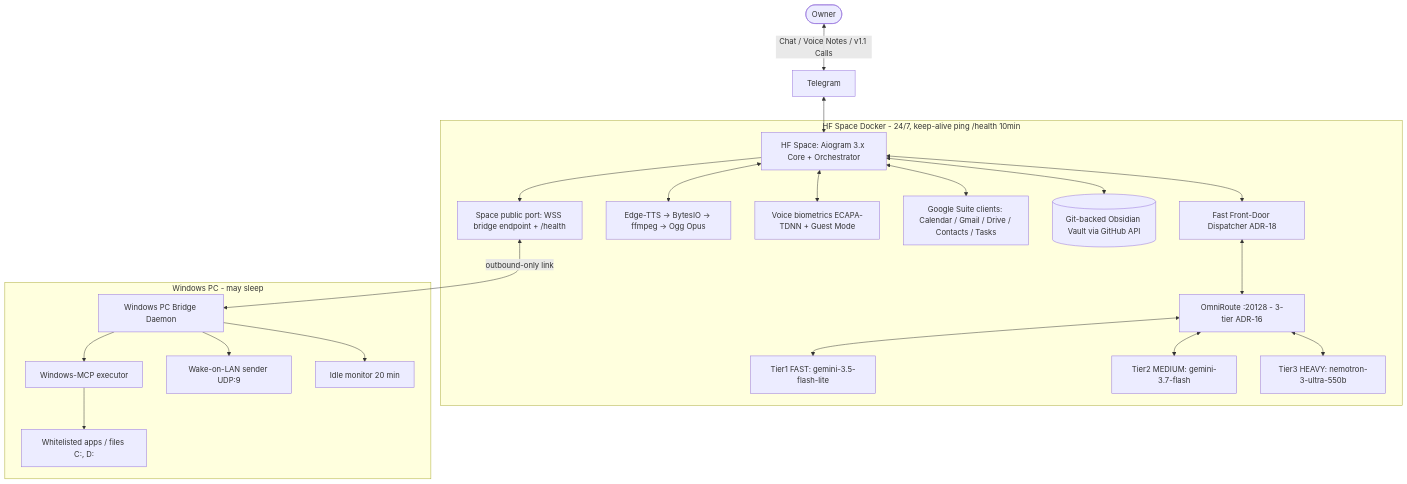
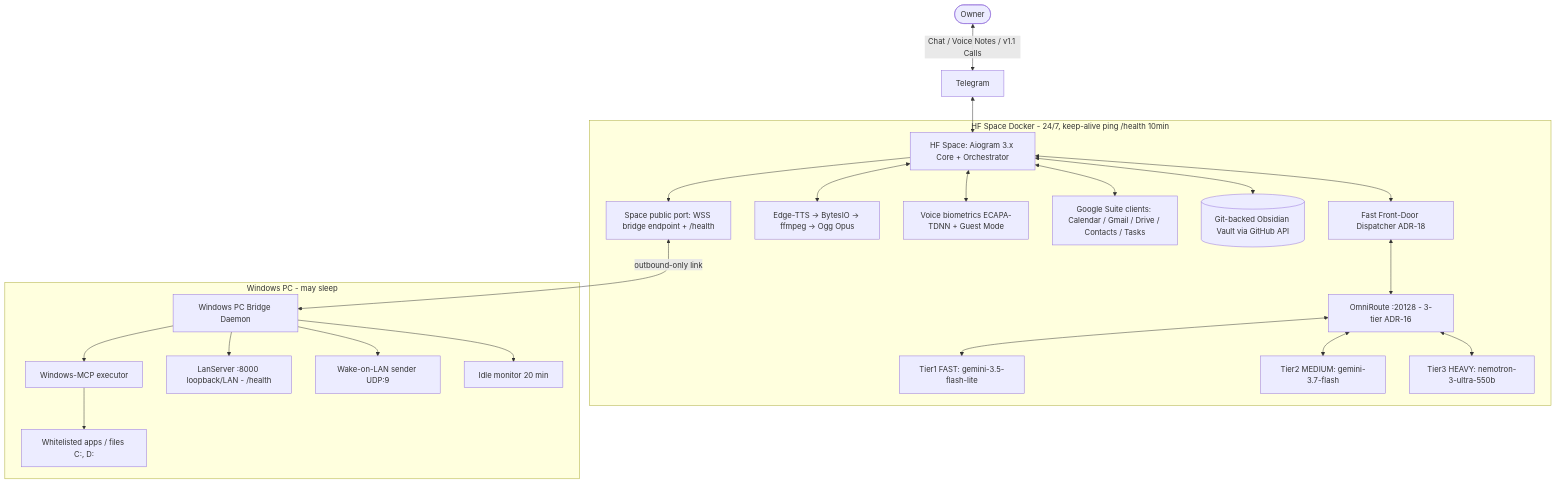
Before and after one commit to 3mar-baha/vantrilex-assistant-os: the diagram in docs/01-ARCHITECTURE.md, drawn with Mermaid. The commit also changed other lines of this file and 4 other files, not shown here.

Commit message:
docs(bridge): API specification, audit-code flow, runbook audit trail (3.4)

````diff
--- a/docs/01-ARCHITECTURE.md
+++ b/docs/01-ARCHITECTURE.md
@@ -34,26 +34,27 @@
 ```mermaid
 graph TD
     User([Owner]) <-->|Chat / Voice Notes / v1.1 Calls| TG[Telegram]
     TG <--> Core[HF Space: Aiogram 3.x Core + Orchestrator]
 
     subgraph Space [HF Space Docker - 24/7, keep-alive ping /health 10min]
         Core <--> Disp[Fast Front-Door Dispatcher ADR-18]
         Disp <--> Omni[OmniRoute :20128 - 3-tier ADR-16]
         Omni <--> T1[Tier1 FAST: gemini-3.5-flash-lite]
         Omni <--> T2[Tier2 MEDIUM: gemini-3.7-flash]
         Omni <--> T3[Tier3 HEAVY: nemotron-3-ultra-550b]
         Core <--> TTS[Edge-TTS -> BytesIO -> ffmpeg -> Ogg Opus]
         Core <--> Bio[Voice biometrics ECAPA-TDNN + Guest Mode]
         Core <--> G[Google Suite clients: Calendar / Gmail / Drive / Contacts / Tasks]
         Core <--> Vault[(Git-backed Obsidian Vault via GitHub API)]
         Core --> WSS[Space public port: WSS bridge endpoint + /health]
     end
 
     WSS <-->|outbound-only link| Bridge[Windows PC Bridge Daemon]
     subgraph PC [Windows PC - may sleep]
         Bridge --> MCP[Windows-MCP executor]
+        Bridge --> LAN[LanServer :8000 loopback/LAN - /health]
         Bridge --> WoL[Wake-on-LAN sender UDP:9]
         Bridge --> Idle[Idle monitor 20 min]
         MCP --> Apps[Whitelisted apps / files C:, D:]
     end
 ```
````
